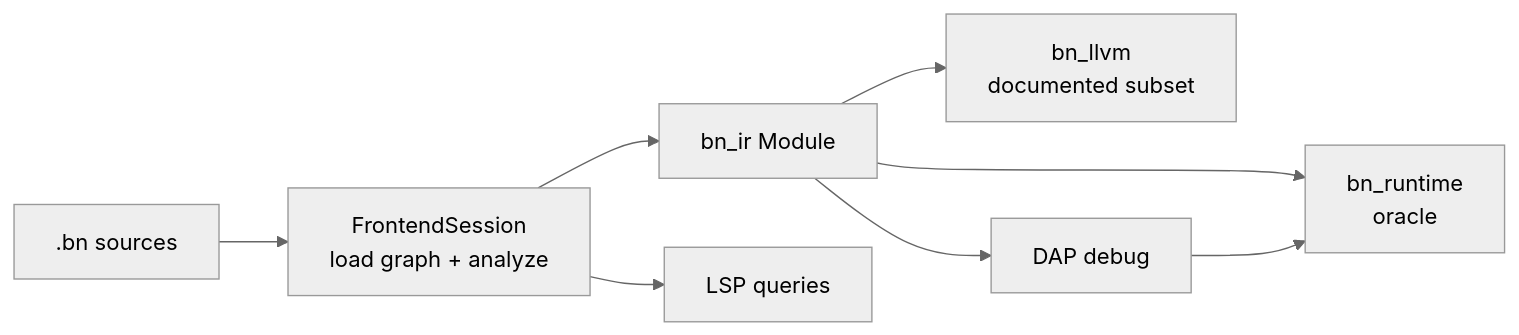
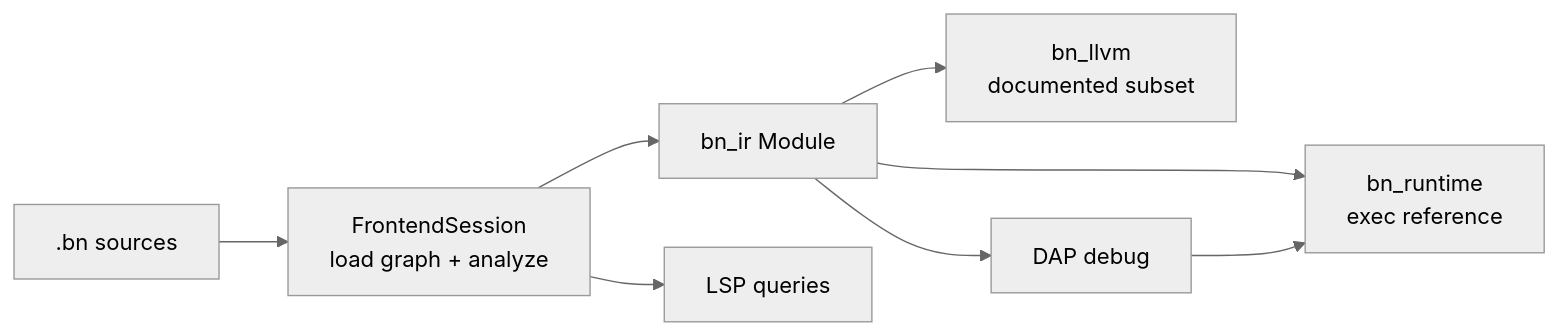
One commit to cquintella/BasicNext changed the sixth of 10 diagrams in docs/architecture/target-architecture.md. Above: the diagram before and after it, drawn with Mermaid (neutral theme). The commit also changed other lines of this file and 88 other files, not shown here.

````diff
--- a/docs/architecture/target-architecture.md
+++ b/docs/architecture/target-architecture.md
@@ -183,10 +183,10 @@
 ```mermaid
 flowchart LR
   SRC[".bn sources"] --> FS["FrontendSession<br/>load graph + analyze"]
   FS --> IR4["bn_ir Module"]
-  IR4 --> RUN["bn_runtime<br/>oracle"]
+  IR4 --> RUN["bn_runtime<br/>exec reference"]
   IR4 --> BUILD["bn_llvm<br/>documented subset"]
   FS --> IDE2["LSP queries"]
   IR4 --> DBG["DAP debug"]
   DBG --> RUN
 ```
````
